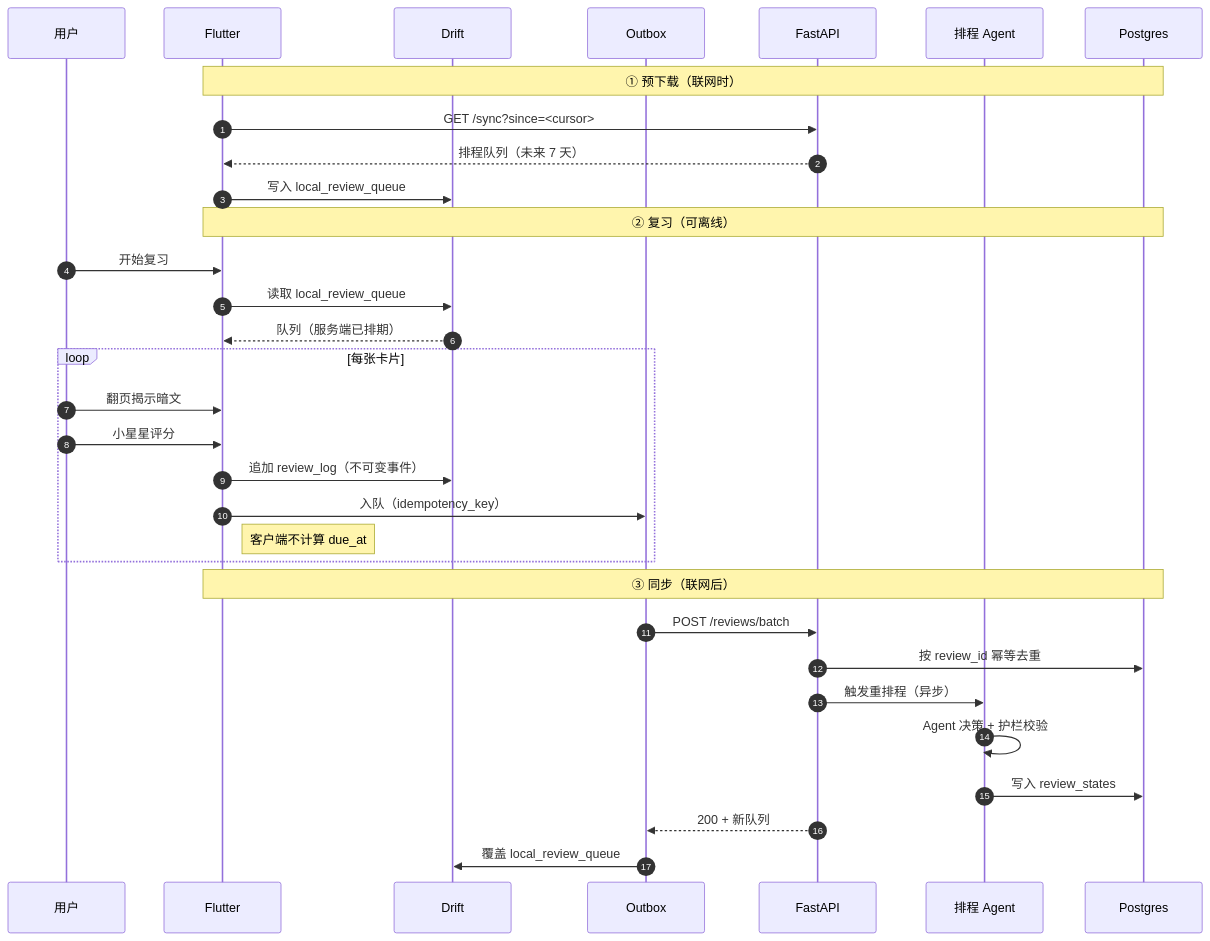
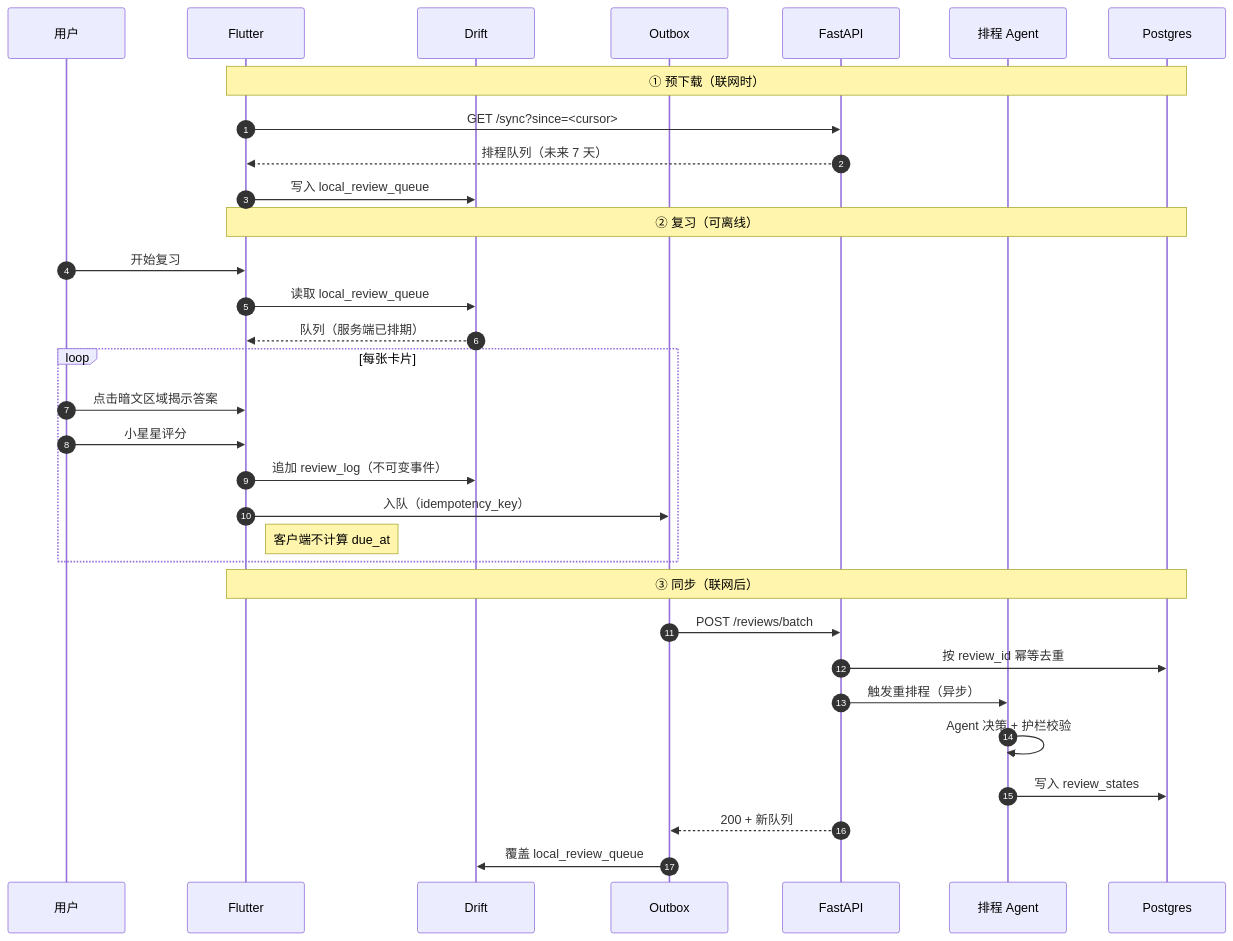
Diagram 14 of 17 in docs/03-MVP设计文档.md (RatherHard/CardSharp), drawn with Mermaid before and after one commit. The commit also changed other lines of this file and 4 other files, not shown here.

````diff
--- a/docs/03-MVP设计文档.md
+++ b/docs/03-MVP设计文档.md
@@ -1513,37 +1515,37 @@
 ```mermaid
 sequenceDiagram
     autonumber
     participant U as 用户
     participant App as Flutter
     participant Local as Drift
     participant Outbox
     participant API as FastAPI
     participant Sched as 排程 Agent
     participant DB as Postgres
 
     Note over App,DB: ① 预下载（联网时）
     App->>API: GET /sync?since=<cursor>
     API-->>App: 排程队列（未来 7 天）
     App->>Local: 写入 local_review_queue
 
     Note over App,DB: ② 复习（可离线）
     U->>App: 开始复习
     App->>Local: 读取 local_review_queue
     Local-->>App: 队列（服务端已排期）
     loop 每张卡片
-        U->>App: 翻页揭示暗文
+        U->>App: 点击暗文区域揭示答案
         U->>App: 小星星评分
         App->>Local: 追加 review_log（不可变事件）
         App->>Outbox: 入队（idempotency_key）
         Note right of App: 客户端不计算 due_at
     end
 
     Note over App,DB: ③ 同步（联网后）
     Outbox->>API: POST /reviews/batch
     API->>DB: 按 review_id 幂等去重
     API->>Sched: 触发重排程（异步）
     Sched->>Sched: Agent 决策 + 护栏校验
     Sched->>DB: 写入 review_states
     API-->>Outbox: 200 + 新队列
     Outbox->>Local: 覆盖 local_review_queue
 ```
````
